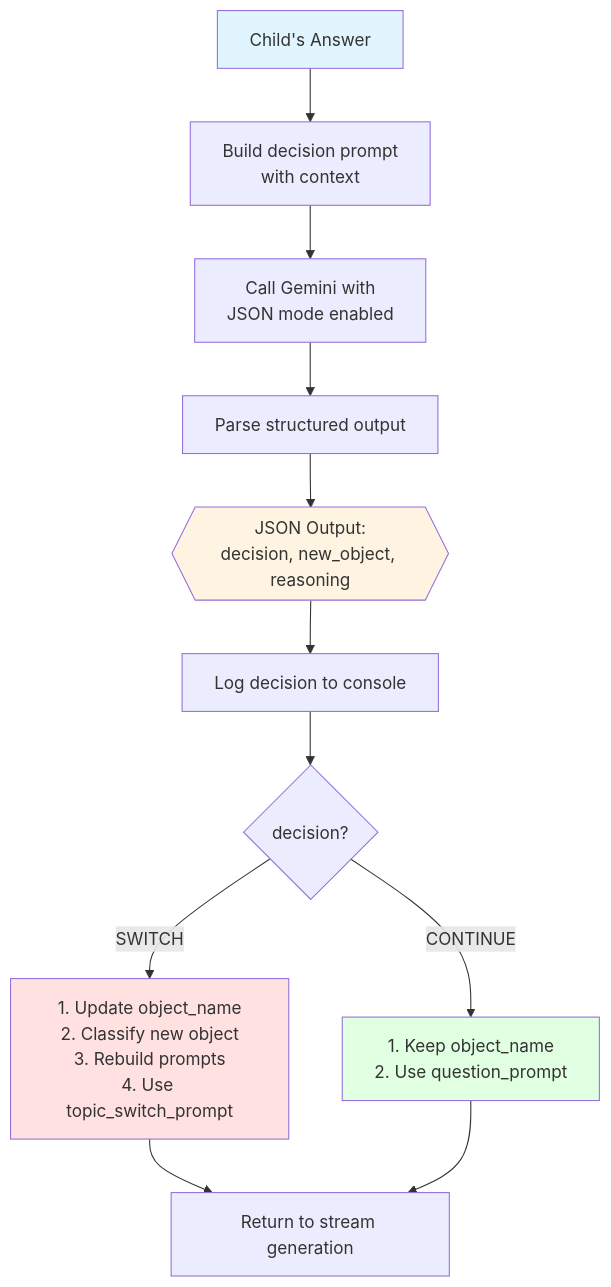
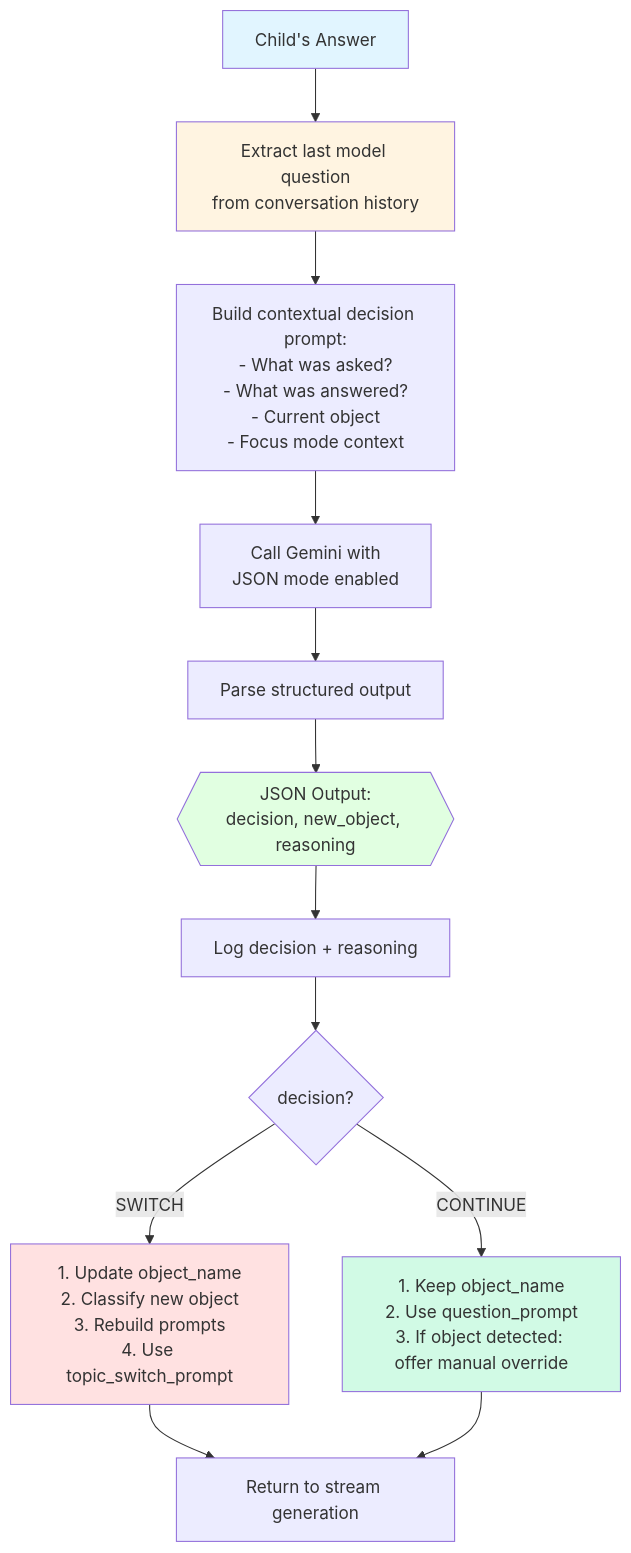
One commit to HuangJiaChen1/AI_ask_ask changed the fifth of 14 diagrams in Gemini/paixueji/ARCHITECTURE.md. Above: the diagram before and after it, drawn with Mermaid. The commit also changed other lines of this file and 9 other files, not shown here.

````diff
--- a/Gemini/paixueji/ARCHITECTURE.md
+++ b/Gemini/paixueji/ARCHITECTURE.md
@@ -222,22 +259,24 @@
 ```mermaid
 flowchart TD
-    Input[Child's Answer] --> Build[Build decision prompt<br/>with context]
+    Input[Child's Answer] --> Extract[Extract last model question<br/>from conversation history]
+    Extract --> Build[Build contextual decision prompt:<br/>- What was asked?<br/>- What was answered?<br/>- Current object<br/>- Focus mode context]
     Build --> Call[Call Gemini with<br/>JSON mode enabled]
     Call --> Parse[Parse structured output]
 
     Parse --> Output{{"JSON Output:<br/>decision, new_object, reasoning"}}
 
-    Output --> Log[Log decision to console]
+    Output --> Log[Log decision + reasoning]
 
     Log --> Route{decision?}
     Route -->|SWITCH| Action1[1. Update object_name<br/>2. Classify new object<br/>3. Rebuild prompts<br/>4. Use topic_switch_prompt]
-    Route -->|CONTINUE| Action2[1. Keep object_name<br/>2. Use question_prompt]
+    Route -->|CONTINUE| Action2[1. Keep object_name<br/>2. Use question_prompt<br/>3. If object detected: offer manual override]
 
     Action1 --> Return[Return to stream generation]
     Action2 --> Return
 
     style Input fill:#e1f5ff
-    style Output fill:#fff4e1
+    style Extract fill:#fff4e1
+    style Output fill:#e1ffe1
     style Action1 fill:#ffe1e1
-    style Action2 fill:#e1ffe1
+    style Action2 fill:#d1fae5
 ```
````
